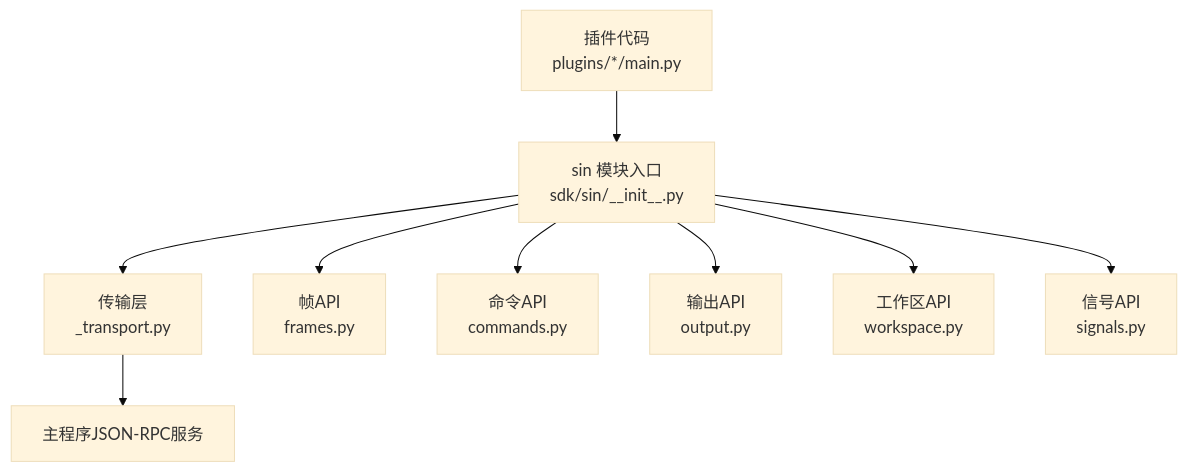
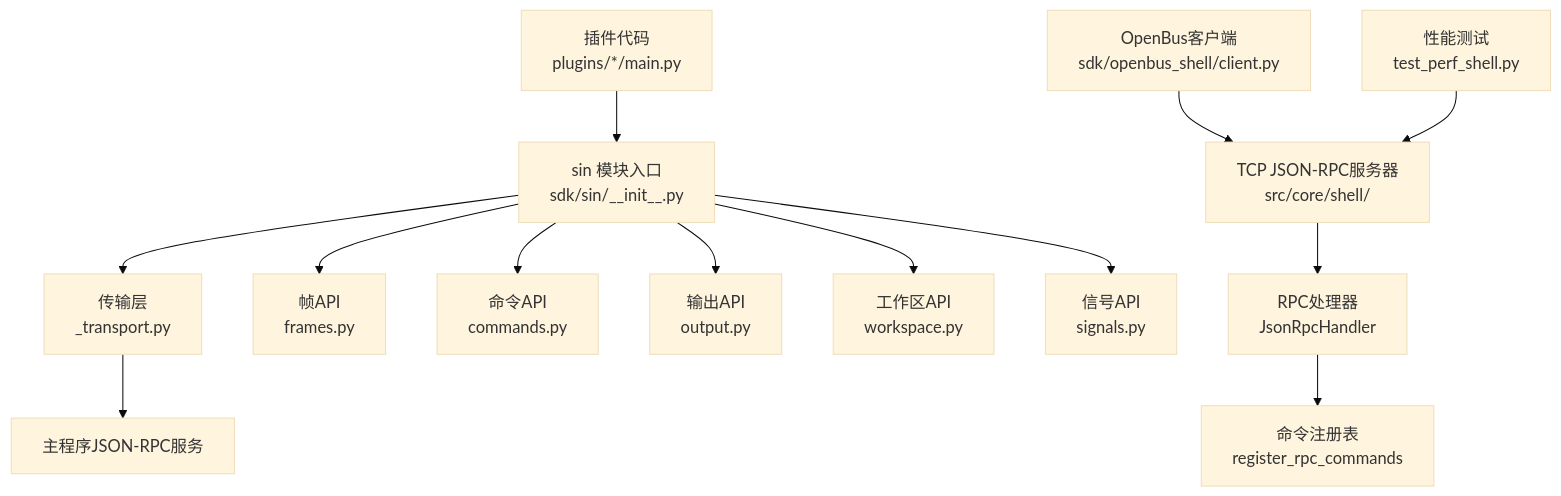
Before and after one commit to jakecai1225-design/OpenBus: the first of 8 diagrams in .qoder/repowiki/zh/content/开发指南/Python SDK开发指南.md, drawn with Mermaid (base theme). The commit also changed other lines of this file and 58 other files, not shown here.

````diff
--- a/.qoder/repowiki/zh/content/开发指南/Python SDK开发指南.md
+++ b/.qoder/repowiki/zh/content/开发指南/Python SDK开发指南.md
@@ -46,11 +60,15 @@
 ```mermaid
 graph TB
 A["插件代码<br/>plugins/*/main.py"] --> B["sin 模块入口<br/>sdk/sin/__init__.py"]
 B --> C["传输层<br/>_transport.py"]
 B --> D["帧API<br/>frames.py"]
 B --> E["命令API<br/>commands.py"]
 B --> F["输出API<br/>output.py"]
 B --> G["工作区API<br/>workspace.py"]
 B --> H["信号API<br/>signals.py"]
 C --> I["主程序JSON-RPC服务"]
+J["OpenBus客户端<br/>sdk/openbus_shell/client.py"] --> K["TCP JSON-RPC服务器<br/>src/core/shell/"]
+K --> L["RPC处理器<br/>JsonRpcHandler"]
+L --> M["命令注册表<br/>register_rpc_commands"]
+N["性能测试<br/>test_perf_shell.py"] --> K
 ```
````
